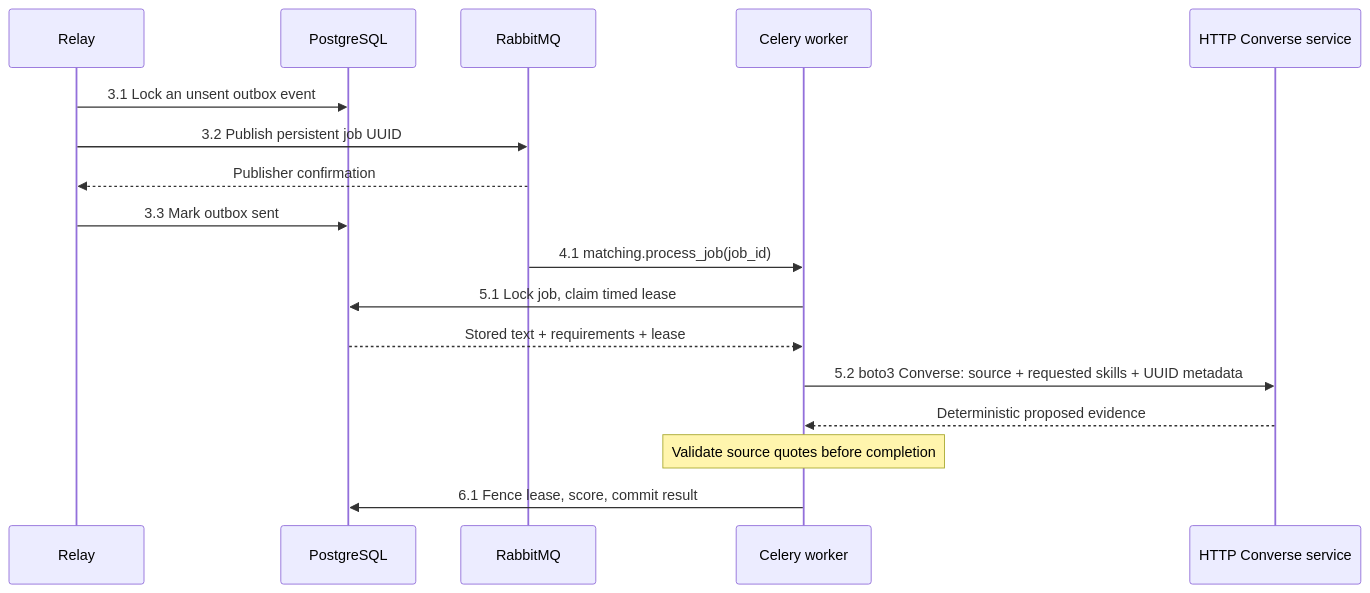
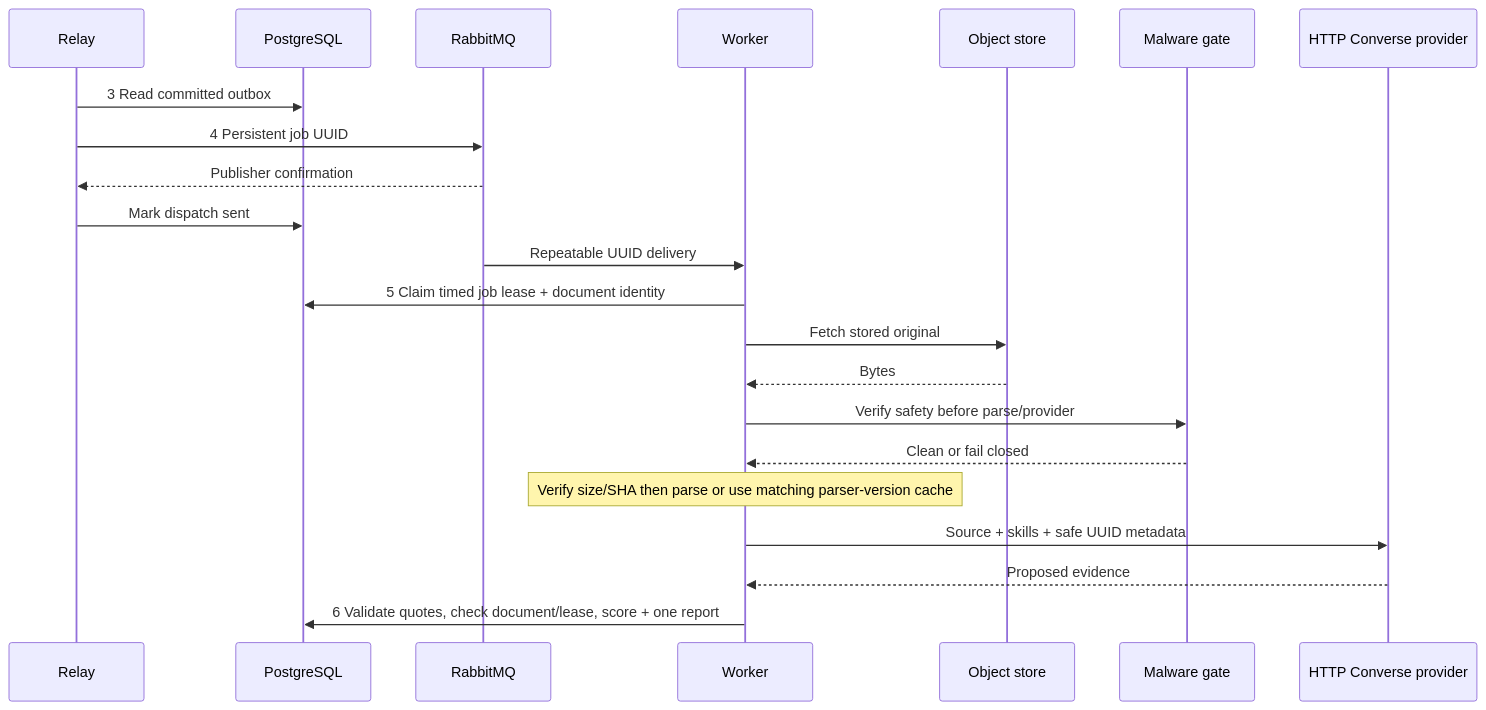
One commit to junrillg/resume-match-bedrock changed the second of 3 diagrams in docs/architecture.md. Above: the diagram before and after it, drawn with Mermaid. The commit also changed other lines of this file and 24 other files, not shown here.

Commit message:
docs: explain durable originals across local and AWS flows

````diff
--- a/docs/architecture.md
+++ b/docs/architecture.md
@@ -57,19 +33,24 @@
 ```mermaid
 sequenceDiagram
-  participant Relay
+  participant R as Relay
   participant DB as PostgreSQL
-  participant MQ as RabbitMQ
-  participant Worker as Celery worker
-  participant Provider as HTTP Converse service
-  Relay->>DB: 3.1 Lock an unsent outbox event
-  Relay->>MQ: 3.2 Publish persistent job UUID
-  MQ-->>Relay: Publisher confirmation
-  Relay->>DB: 3.3 Mark outbox sent
-  MQ->>Worker: 4.1 matching.process_job(job_id)
-  Worker->>DB: 5.1 Lock job, claim timed lease
-  DB-->>Worker: Stored text + requirements + lease
-  Worker->>Provider: 5.2 boto3 Converse: source + requested skills + UUID metadata
-  Provider-->>Worker: Deterministic proposed evidence
-  Note over Worker: Validate source quotes before completion
-  Worker->>DB: 6.1 Fence lease, score, commit result
+  participant Q as RabbitMQ
+  participant W as Worker
+  participant O as Object store
+  participant S as Malware gate
+  participant P as HTTP Converse provider
+  R->>DB: 3 Read committed outbox
+  R->>Q: 4 Persistent job UUID
+  Q-->>R: Publisher confirmation
+  R->>DB: Mark dispatch sent
+  Q->>W: Repeatable UUID delivery
+  W->>DB: 5 Claim timed job lease + document identity
+  W->>O: Fetch stored original
+  O-->>W: Bytes
+  W->>S: Verify safety before parse/provider
+  S-->>W: Clean or fail closed
+  Note over W: Verify size/SHA then parse or use matching parser-version cache
+  W->>P: Source + skills + safe UUID metadata
+  P-->>W: Proposed evidence
+  W->>DB: 6 Validate quotes, check document/lease, score + one report
 ```
````
